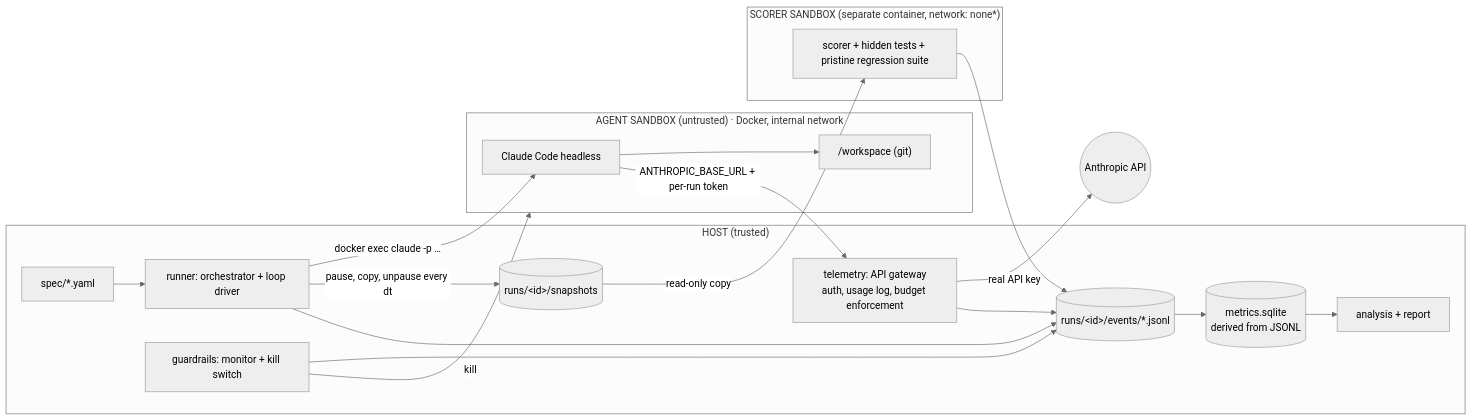
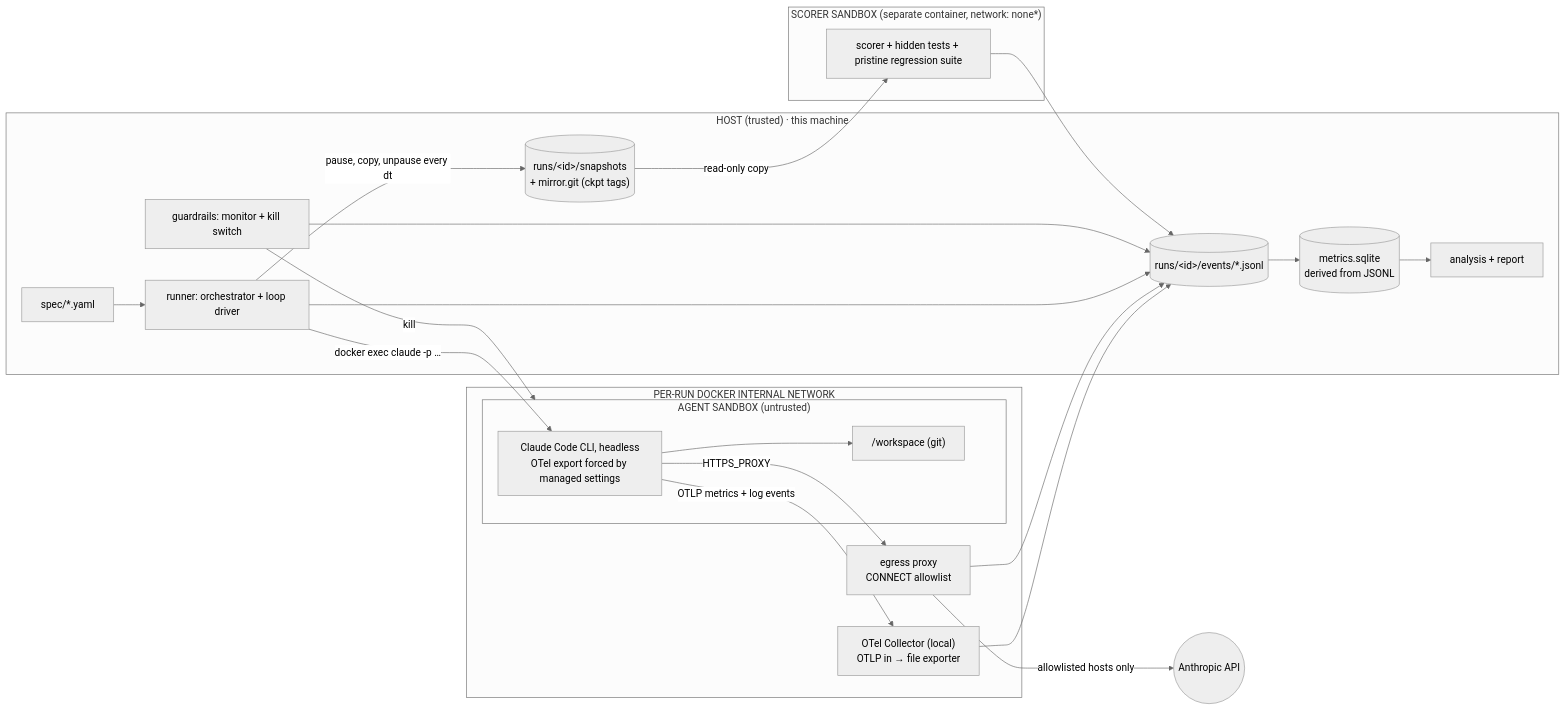
One commit to gurusintechlabs/long-running-agent-eval changed the diagram in docs/spec.md. Above: the diagram before and after it, drawn with Mermaid (neutral theme). The commit also changed other lines of this file and 2 other files, not shown here.

First line of the commit message:
Apply owner decisions: Claude Code CLI, Opus 5.5, local OTel

````diff
--- a/docs/spec.md
+++ b/docs/spec.md
@@ -43,29 +56,34 @@
 ```mermaid
 flowchart LR
-  subgraph host["HOST (trusted)"]
+  subgraph host["HOST (trusted) · this machine"]
     spec["spec/*.yaml"] --> orch["runner: orchestrator + loop driver"]
-    gw["telemetry: API gateway<br/>auth, usage log, budget enforcement"]
     mon["guardrails: monitor + kill switch"]
-    snaps[("runs/&lt;id&gt;/snapshots")]
+    snaps[("runs/&lt;id&gt;/snapshots<br/>+ mirror.git (ckpt tags)")]
     logs[("runs/&lt;id&gt;/events/*.jsonl")]
     db[("metrics.sqlite<br/>derived from JSONL")]
     rep["analysis + report"]
   end
-  subgraph agent["AGENT SANDBOX (untrusted) · Docker, internal network"]
-    cc["Claude Code headless"] --> wsp["/workspace (git)"]
+  subgraph net["PER-RUN DOCKER INTERNAL NETWORK"]
+    subgraph agent["AGENT SANDBOX (untrusted)"]
+      cc["Claude Code CLI, headless<br/>OTel export forced by managed settings"] --> wsp["/workspace (git)"]
+    end
+    otel["OTel Collector (local)<br/>OTLP in → file exporter"]
+    egress["egress proxy<br/>CONNECT allowlist"]
   end
   subgraph scorer["SCORER SANDBOX (separate container, network: none*)"]
     sc["scorer + hidden tests + pristine regression suite"]
   end
   orch -- "docker exec claude -p …" --> cc
-  cc -- "ANTHROPIC_BASE_URL + per-run token" --> gw
-  gw -- "real API key" --> api(("Anthropic API"))
+  cc -- "OTLP metrics + log events" --> otel
+  cc -- "HTTPS_PROXY" --> egress
+  egress -- "allowlisted hosts only" --> api(("Anthropic API"))
   orch -- "pause, copy, unpause every dt" --> snaps
   snaps -- "read-only copy" --> sc
   mon -- "kill" --> agent
-  gw --> logs
+  otel --> logs
+  egress --> logs
   orch --> logs
   mon --> logs
   sc --> logs
   logs --> db --> rep
 ```
````
